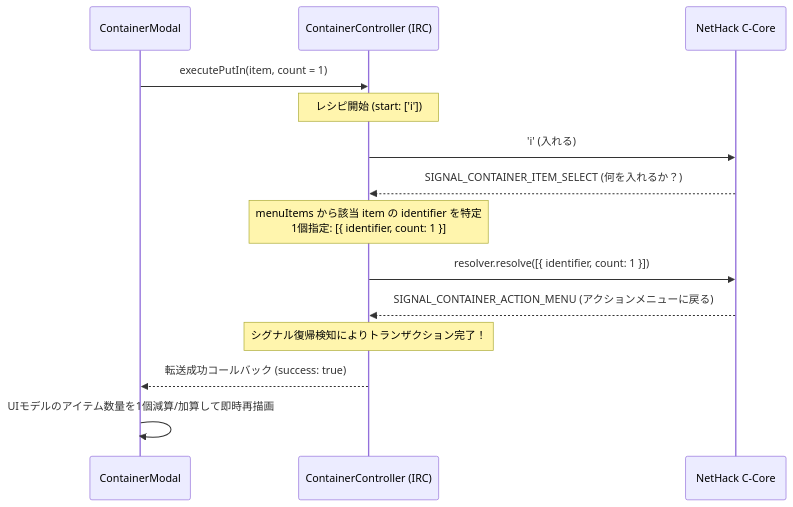
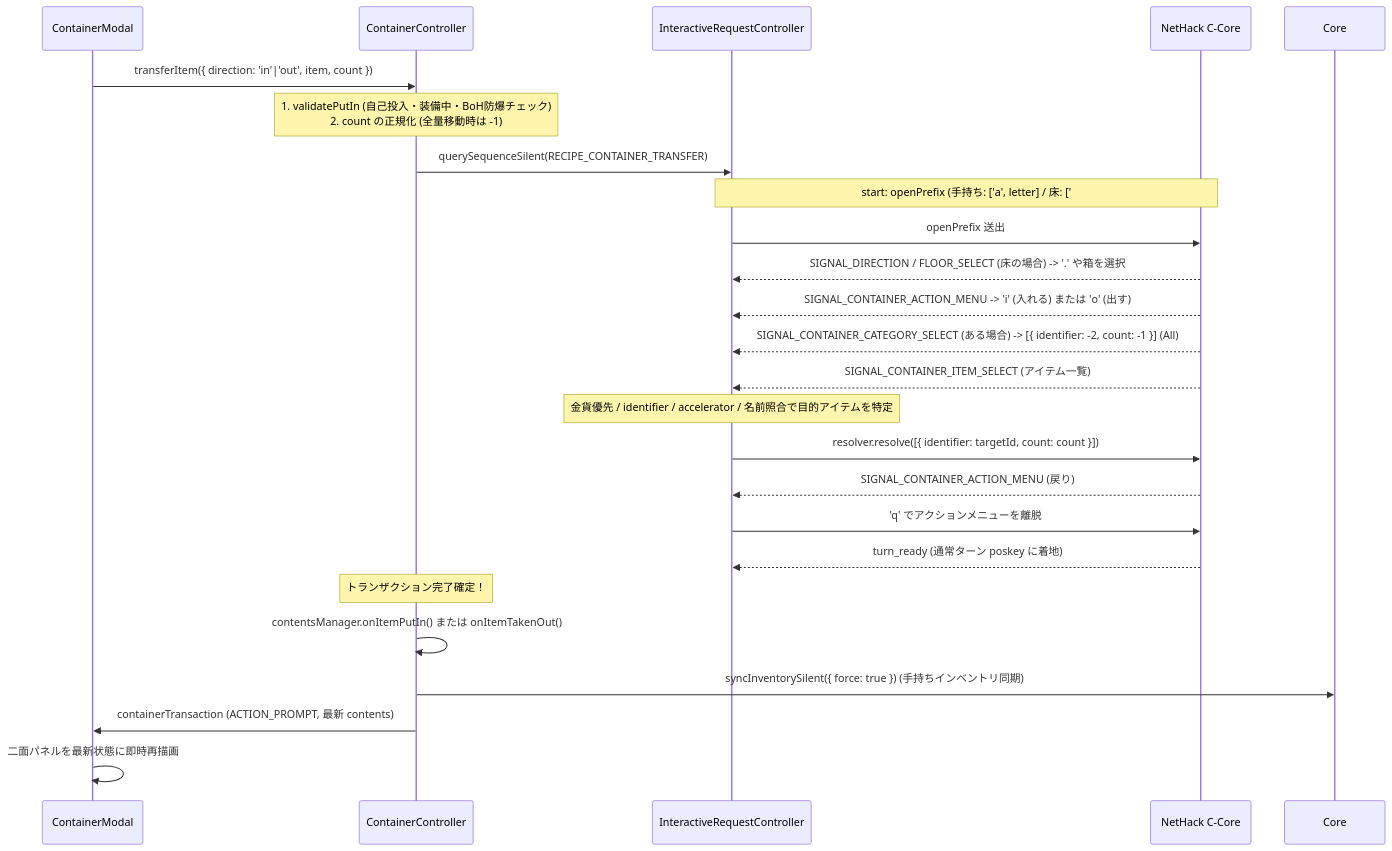
The third of 4 diagrams in docs/3_gkl/Container_Interaction_Specification_IRC.md (e3sh/Nethack-wasm-webUI), drawn with Mermaid before and after one commit. The commit also changed other lines of this file and 4 other files, not shown here.

````diff
--- a/docs/3_gkl/Container_Interaction_Specification_IRC.md
+++ b/docs/3_gkl/Container_Interaction_Specification_IRC.md
@@ -52,17 +122,29 @@
 ```mermaid
 sequenceDiagram
     participant UI as ContainerModal
-    participant Ctrl as ContainerController (IRC)
+    participant CC as ContainerController
+    participant IRC as InteractiveRequestController
     participant C as NetHack C-Core
 
-    UI->>Ctrl: executePutIn(item, count = 1)
-    Note over Ctrl: レシピ開始 (start: ['i'])
-    Ctrl->>C: 'i' (入れる)
-    C-->>Ctrl: SIGNAL_CONTAINER_ITEM_SELECT (何を入れるか？)
-    Note over Ctrl: menuItems から該当 item の identifier を特定<br/>1個指定: [{ identifier, count: 1 }]
-    Ctrl->>C: resolver.resolve([{ identifier, count: 1 }])
-    C-->>Ctrl: SIGNAL_CONTAINER_ACTION_MENU (アクションメニューに戻る)
-    Note over Ctrl: シグナル復帰検知によりトランザクション完了！
-    Ctrl-->>UI: 転送成功コールバック (success: true)
-    UI->>UI: UIモデルのアイテム数量を1個減算/加算して即時再描画
+    UI->>CC: transferItem({ direction: 'in'|'out', item, count })
+    Note over CC: 1. validatePutIn (自己投入・装備中・BoH防爆チェック)<br/>2. count の正規化 (全量移動時は -1)
+    
+    CC->>IRC: querySequenceSilent(RECIPE_CONTAINER_TRANSFER)
+    Note over IRC,C: start: openPrefix (手持ち: ['a', letter] / 床: ['#', 'loot'])
+    IRC->>C: openPrefix 送出
+    C-->>IRC: SIGNAL_DIRECTION / FLOOR_SELECT (床の場合) -> '.' や箱を選択
+    C-->>IRC: SIGNAL_CONTAINER_ACTION_MENU -> 'i' (入れる) または 'o' (出す)
+    C-->>IRC: SIGNAL_CONTAINER_CATEGORY_SELECT (ある場合) -> [{ identifier: -2, count: -1 }] (All)
+    C-->>IRC: SIGNAL_CONTAINER_ITEM_SELECT (アイテム一覧)
+    Note over IRC: 金貨優先 / identifier / accelerator / 名前照合で目的アイテムを特定
+    IRC->>C: resolver.resolve([{ identifier: targetId, count: count }])
+    C-->>IRC: SIGNAL_CONTAINER_ACTION_MENU (戻り)
+    IRC->>C: 'q' でアクションメニューを離脱
+    C-->>IRC: turn_ready (通常ターン poskey に着地)
+
+    Note over CC: トランザクション完了確定！
+    CC->>CC: contentsManager.onItemPutIn() または onItemTakenOut()
+    CC->>Core: syncInventorySilent({ force: true }) (手持ちインベントリ同期)
+    CC->>UI: containerTransaction (ACTION_PROMPT, 最新 contents)
+    UI->>UI: 二面パネルを最新状態に即時再描画
 ```
````
